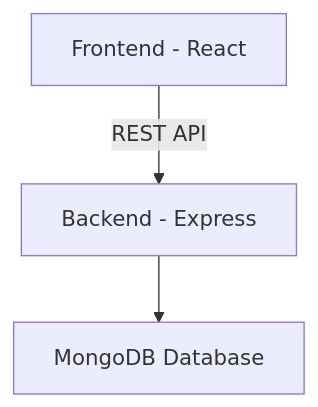
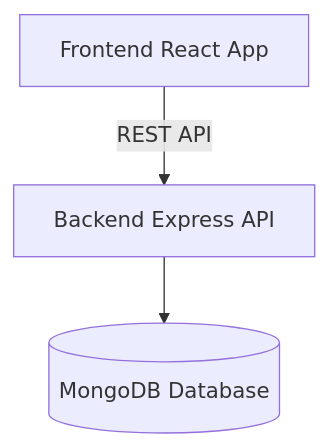
Before and after one commit to Ophidev/FitFlow: the diagram in README.md, drawn with Mermaid.

Commit message:
Change architecture diagram to flowchart format
Updated architecture diagram to use flowchart syntax.

````diff
--- a/README.md
+++ b/README.md
@@ -43,5 +43,9 @@
 ```mermaid
-graph TD
-    A[Frontend - React] -->|REST API| B[Backend - Express]
-    B --> C[MongoDB Database]
+flowchart TD
+    FE[Frontend React App]
+    BE[Backend Express API]
+    DB[(MongoDB Database)]
+
+    FE -->|REST API| BE
+    BE --> DB
 ```
````
